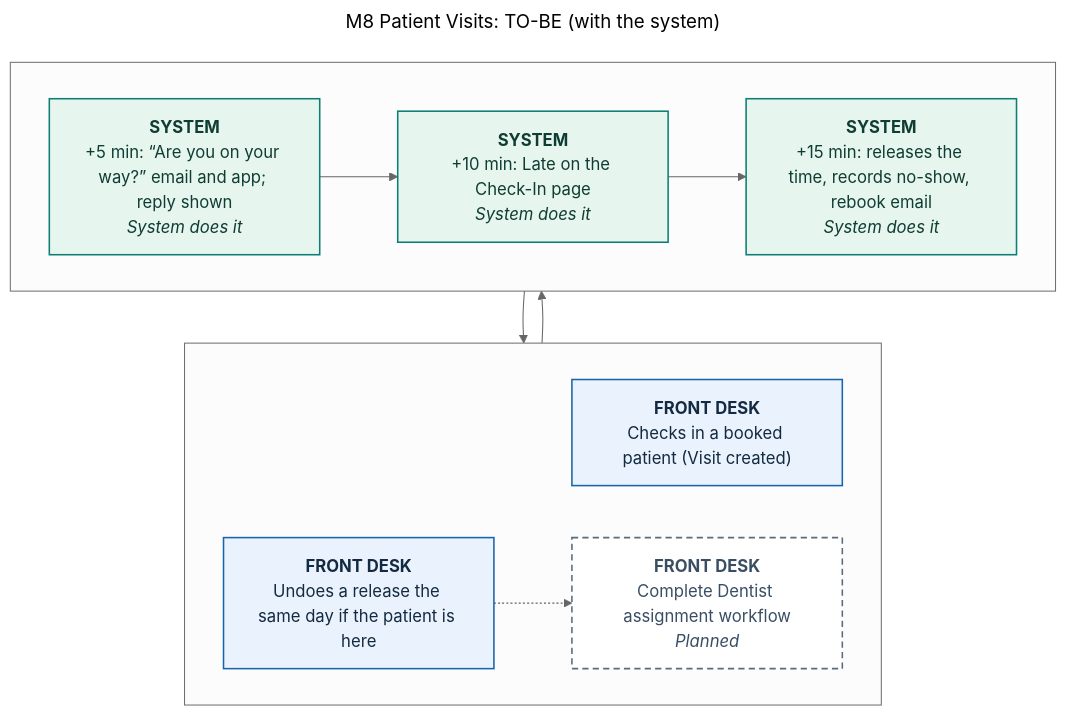
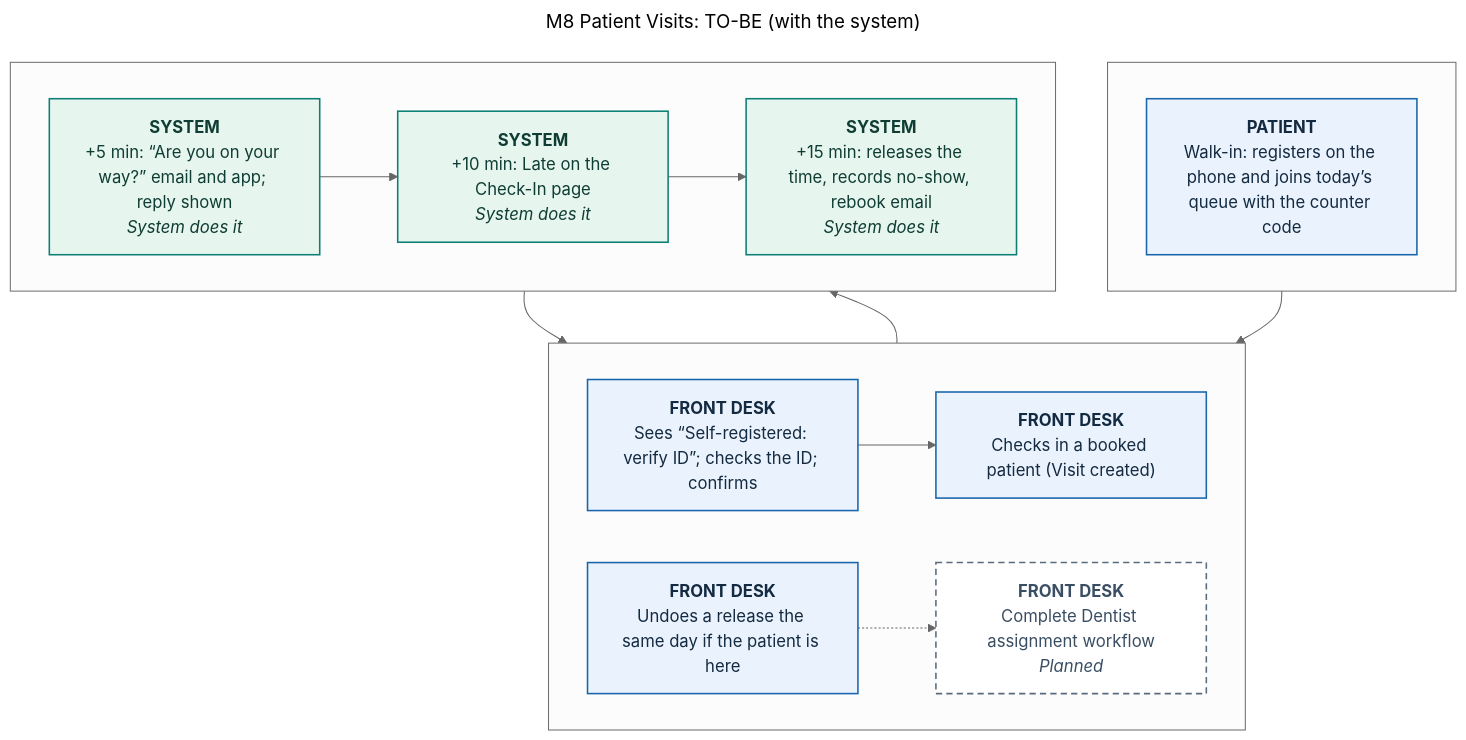
The diagram in docs/defense/diagrams/M8-patient-visits-to-be.mmd (0phem/multibranch-dental-clinic), drawn with Mermaid (neutral theme) before and after one commit. The commit also changed 58 other files, not shown here.

```diff
--- a/docs/defense/diagrams/M8-patient-visits-to-be.mmd
+++ b/docs/defense/diagrams/M8-patient-visits-to-be.mmd
@@ -1,27 +1,34 @@
 ---
 title: "M8 Patient Visits: TO-BE (with the system)"
 ---
 flowchart TB
+    subgraph L0[" "]
+    direction LR
+      S0["<b>PATIENT</b><br/>Walk-in: registers on the phone and joins today’s queue with the counter code"]:::manual
+    end
     subgraph L1[" "]
     direction LR
-      S0["<b>FRONT DESK</b><br/>Checks in a booked patient (Visit created)"]:::manual
-      S4["<b>FRONT DESK</b><br/>Undoes a release the same day if the patient is here"]:::manual
-      S5["<b>FRONT DESK</b><br/>Complete Dentist assignment workflow<br/><i>Planned</i>"]:::planned
+      S1["<b>FRONT DESK</b><br/>Sees “Self-registered: verify ID”; checks the ID; confirms"]:::manual
+      S2["<b>FRONT DESK</b><br/>Checks in a booked patient (Visit created)"]:::manual
+      S6["<b>FRONT DESK</b><br/>Undoes a release the same day if the patient is here"]:::manual
+      S7["<b>FRONT DESK</b><br/>Complete Dentist assignment workflow<br/><i>Planned</i>"]:::planned
     end
     subgraph L4[" "]
     direction LR
-      S1["<b>SYSTEM</b><br/>+5 min: “Are you on your way?” email and app; reply shown<br/><i>System does it</i>"]:::auto
-      S2["<b>SYSTEM</b><br/>+10 min: Late on the Check-In page<br/><i>System does it</i>"]:::auto
-      S3["<b>SYSTEM</b><br/>+15 min: releases the time, records no-show, rebook email<br/><i>System does it</i>"]:::auto
+      S3["<b>SYSTEM</b><br/>+5 min: “Are you on your way?” email and app; reply shown<br/><i>System does it</i>"]:::auto
+      S4["<b>SYSTEM</b><br/>+10 min: Late on the Check-In page<br/><i>System does it</i>"]:::auto
+      S5["<b>SYSTEM</b><br/>+15 min: releases the time, records no-show, rebook email<br/><i>System does it</i>"]:::auto
     end
     S0 --> S1
     S1 --> S2
     S2 --> S3
     S3 --> S4
-    S4 -.-> S5
+    S4 --> S5
+    S5 --> S6
+    S6 -.-> S7
     classDef cited fill:#eaf3fd,stroke:#1865ac,color:#142a40,stroke-width:1.5px
     classDef confirm fill:#fffaf0,stroke:#b26a00,color:#5e3c00,stroke-width:1.5px,stroke-dasharray:6 4
     classDef auto fill:#e6f5ee,stroke:#0c7f75,color:#0f3d33,stroke-width:1.5px
     classDef manual fill:#eaf3fd,stroke:#1865ac,color:#142a40,stroke-width:1.5px
     classDef mock fill:#f3f5f7,stroke:#5a6b7d,color:#3a4e63,stroke-width:1.5px,stroke-dasharray:3 3
     classDef planned fill:#ffffff,stroke:#5a6b7d,color:#3a4e63,stroke-width:1.5px,stroke-dasharray:6 4
```
